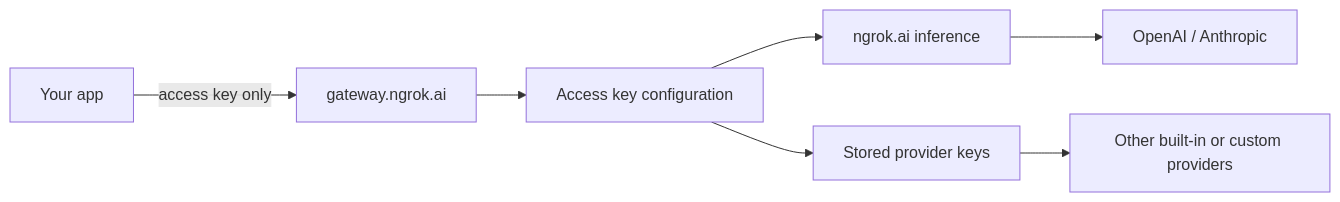
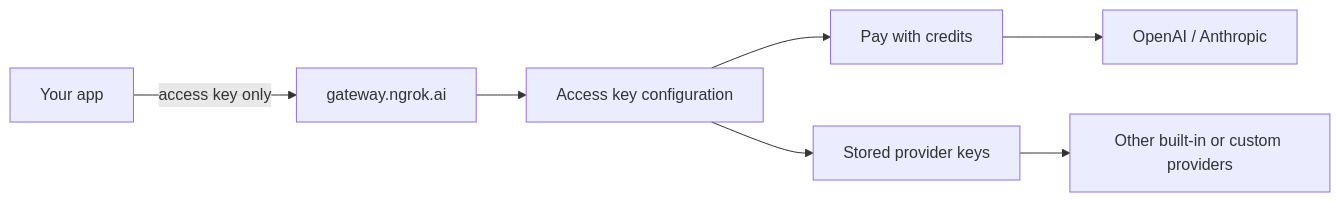
Before and after one commit to ngrok/ngrok-docs: the diagram in ai-gateway/guides/access-key-configurations.mdx, drawn with Mermaid. The commit also changed other lines of this file and 57 other files, not shown here.

````diff
--- a/ai-gateway/guides/access-key-configurations.mdx
+++ b/ai-gateway/guides/access-key-configurations.mdx
@@ -18,9 +18,9 @@
 ```mermaid
 flowchart LR
   App["Your app"] -->|"access key only"| Gateway["gateway.ngrok.ai"]
   Gateway --> Config["Access key configuration"]
-  Config --> Ngrok["ngrok.ai inference"]
+  Config --> Ngrok["Pay with credits"]
   Config --> BYOK["Stored provider keys"]
   Ngrok --> OpenAI["OpenAI / Anthropic"]
   BYOK --> Providers["Other built-in or custom providers"]
 ```
````
